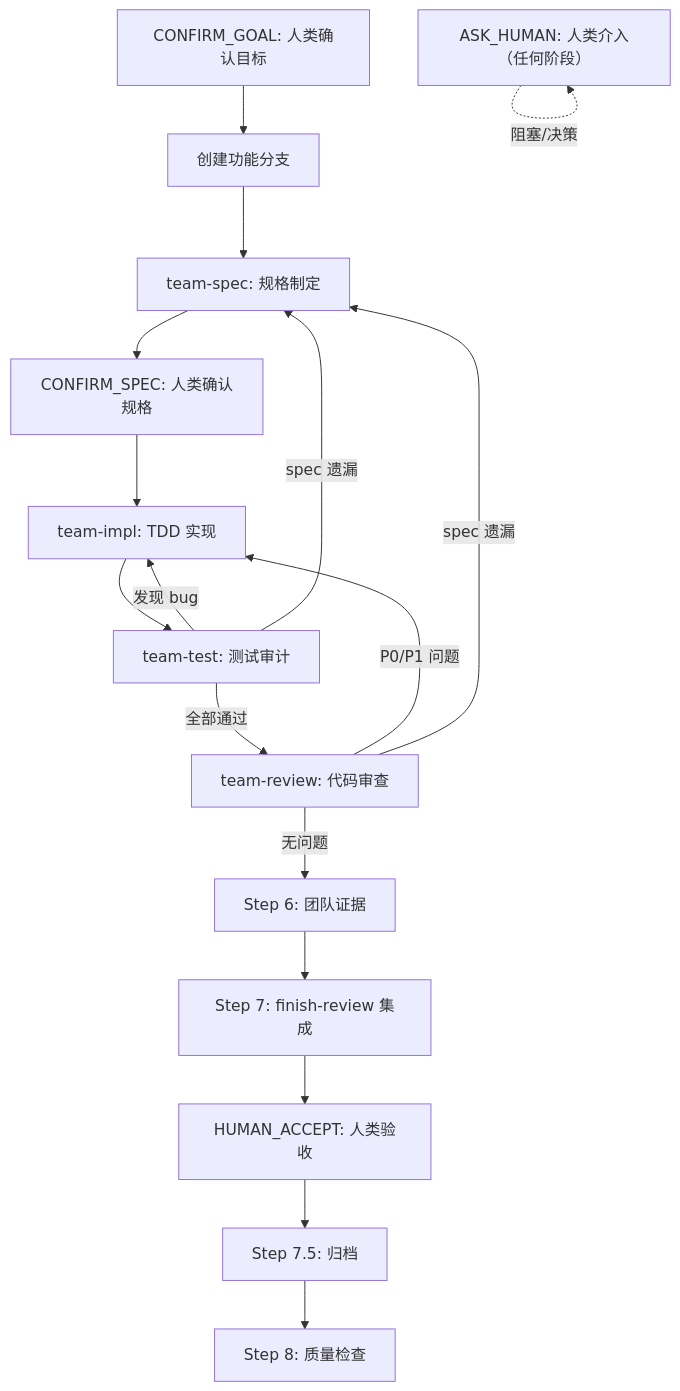
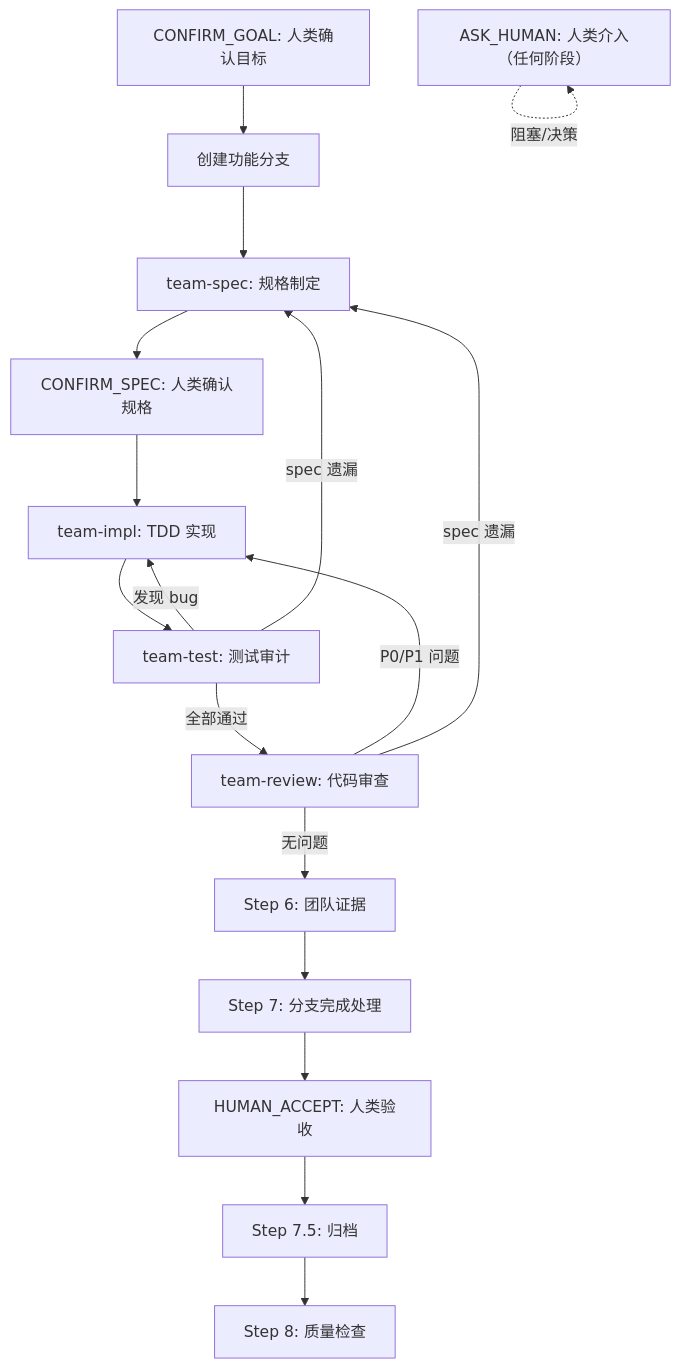
The diagram in skills/team-orchestrator/SKILL.md (andeya/team-skills), drawn with Mermaid before and after one commit. The commit also changed other lines of this file and 13 other files, not shown here.

First line of the commit message:
chore: v1.6.1 — team-spec 多角色轮审 + 用户审阅循环 + team-finish 选项优化 + 模板对齐

````diff
--- a/skills/team-orchestrator/SKILL.md
+++ b/skills/team-orchestrator/SKILL.md
@@ -12,19 +12,19 @@
 ```mermaid
 flowchart TD
     CONFIRM_GOAL["CONFIRM_GOAL: 人类确认目标"] --> branch["创建功能分支"]
     branch --> team-spec["team-spec: 规格制定"]
     team-spec --> CONFIRM_SPEC["CONFIRM_SPEC: 人类确认规格"]
     CONFIRM_SPEC --> team-impl["team-impl: TDD 实现"]
     team-impl --> team-test["team-test: 测试审计"]
     team-test -->|"发现 bug"| team-impl
     team-test -->|"spec 遗漏"| team-spec
     team-test -->|"全部通过"| team-review["team-review: 代码审查"]
     team-review -->|"P0/P1 问题"| team-impl
     team-review -->|"spec 遗漏"| team-spec
     team-review -->|"无问题"| teamEvidence["Step 6: 团队证据"]
-    teamEvidence --> finish["Step 7: finish-review 集成"]
+    teamEvidence --> finish["Step 7: 分支完成处理"]
     finish --> HUMAN_ACCEPT["HUMAN_ACCEPT: 人类验收"]
     HUMAN_ACCEPT --> archive["Step 7.5: 归档"]
     archive --> qualityCheck["Step 8: 质量检查"]
     ASK_HUMAN["ASK_HUMAN: 人类介入（任何阶段）"] -.->|"阻塞/决策"| ASK_HUMAN
 ```
````
